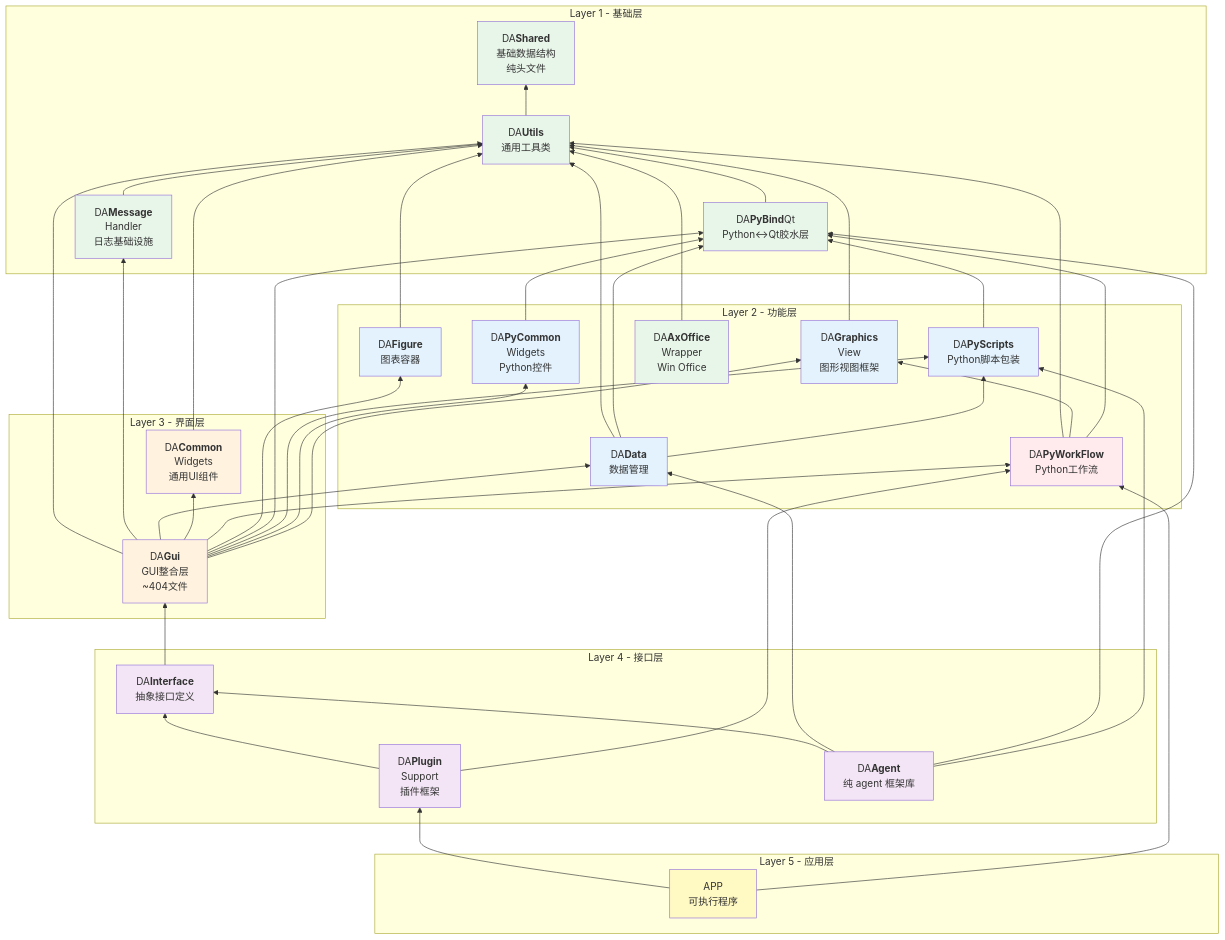
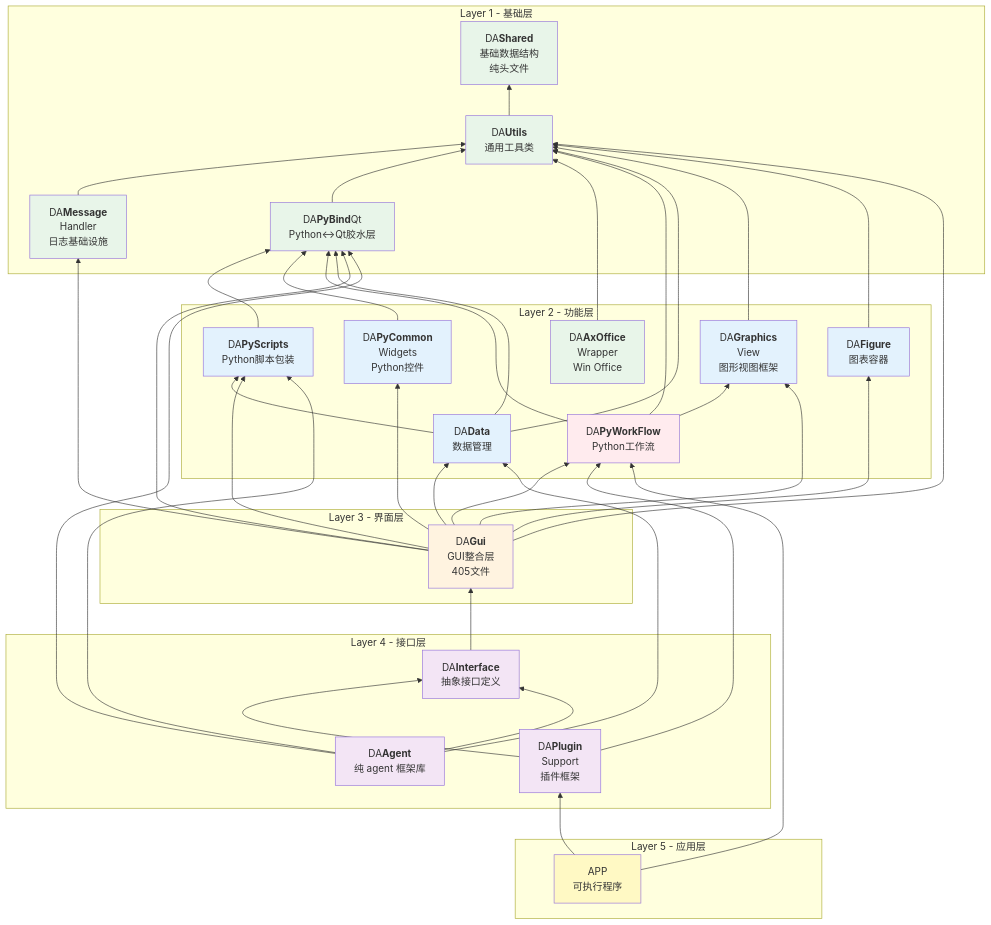
One commit to czyt1988/data-workbench changed the diagram in docs/zh/dev-guide/module-dependency.md. Above: the diagram before and after it, drawn with Mermaid. The commit also changed other lines of this file and 69 other files, not shown here.

```diff
--- a/docs/zh/dev-guide/module-dependency.md
+++ b/docs/zh/dev-guide/module-dependency.md
@@ -129,8 +129,7 @@
     end
 
     subgraph "Layer 3 - 界面层"
-        DACW["DA<b>Common</b><br/>Widgets<br/>通用UI组件"]
-        DAGui["DA<b>Gui</b><br/>GUI整合层<br/>~404文件"]
+        DAGui["DA<b>Gui</b><br/>GUI整合层<br/>405文件"]
     end
 
     subgraph "Layer 4 - 接口层"
@@ -160,13 +159,11 @@
     DAData --> DAPyScripts
     DAGV --> DAUtils
     DAFigure --> DAUtils
-    DACW --> DAUtils
 
     %% Layer 3 → Layer 2
     DAGui --> DAUtils
     DAGui --> DAMsg
     DAGui --> DAData
-    DAGui --> DACW
     DAGui --> DAPyWF
     DAGui --> DAFigure
     DAGui --> DAPyBind
@@ -201,7 +198,6 @@
     style DAData fill:#e3f2fd
     style DAGV fill:#e3f2fd
     style DAFigure fill:#e3f2fd
-    style DACW fill:#fff3e0
     style DAGui fill:#fff3e0
     style DAIF fill:#f3e5f5
     style DAPS fill:#f3e5f5
```
